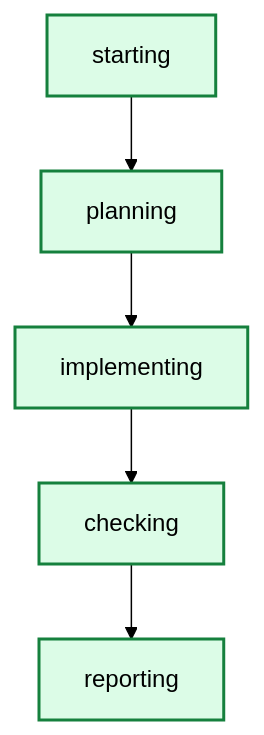
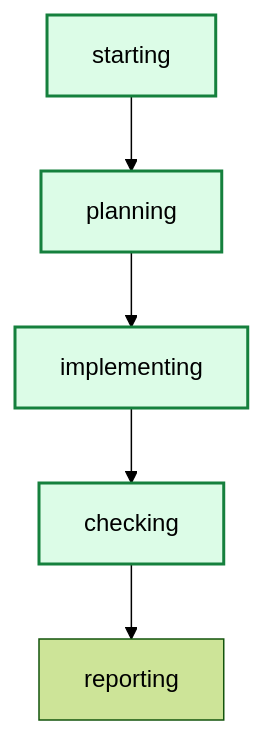
Before and after one commit to daniell0gda/hermes-feature-check-dashboard: the diagram in latest/graph.mmd, drawn with Mermaid (forest theme). The commit also changed 35 other files, not shown here.

```diff
--- a/latest/graph.mmd
+++ b/latest/graph.mmd
@@ -1,14 +1,13 @@
 graph TD
     starting --> planning
     planning --> implementing
     implementing --> checking
     checking --> reporting
 
 classDef done fill:#dcfce7,stroke:#15803d,stroke-width:2px;
 classDef active fill:#dbeafe,stroke:#2563eb,stroke-width:3px;
 classDef failed fill:#fee2e2,stroke:#b42318,stroke-width:2px;
+class checking done;
 class implementing done;
 class planning done;
-class checking done;
 class starting done;
-class reporting done;
```
